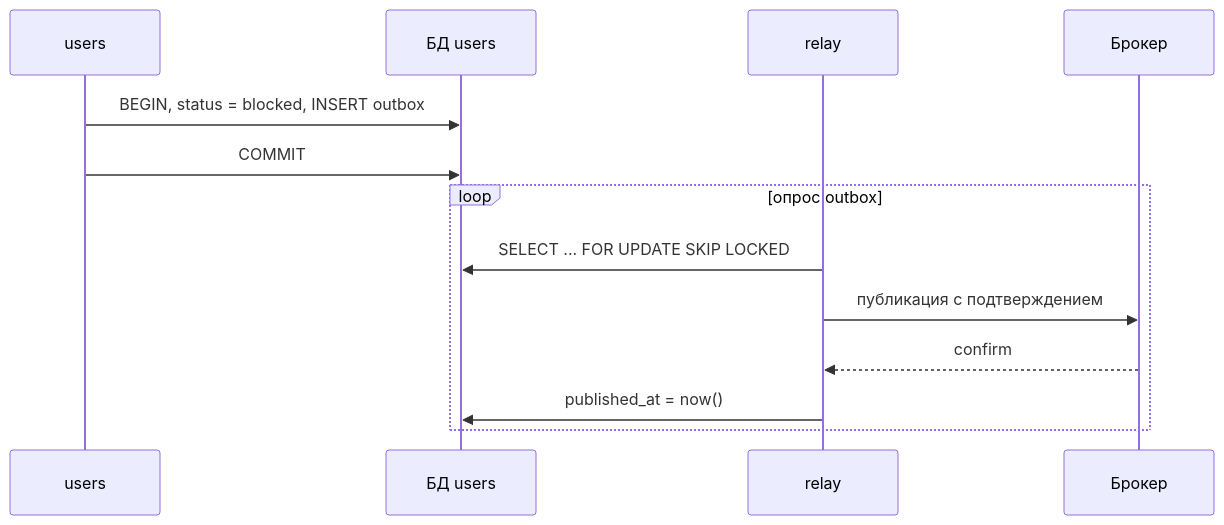
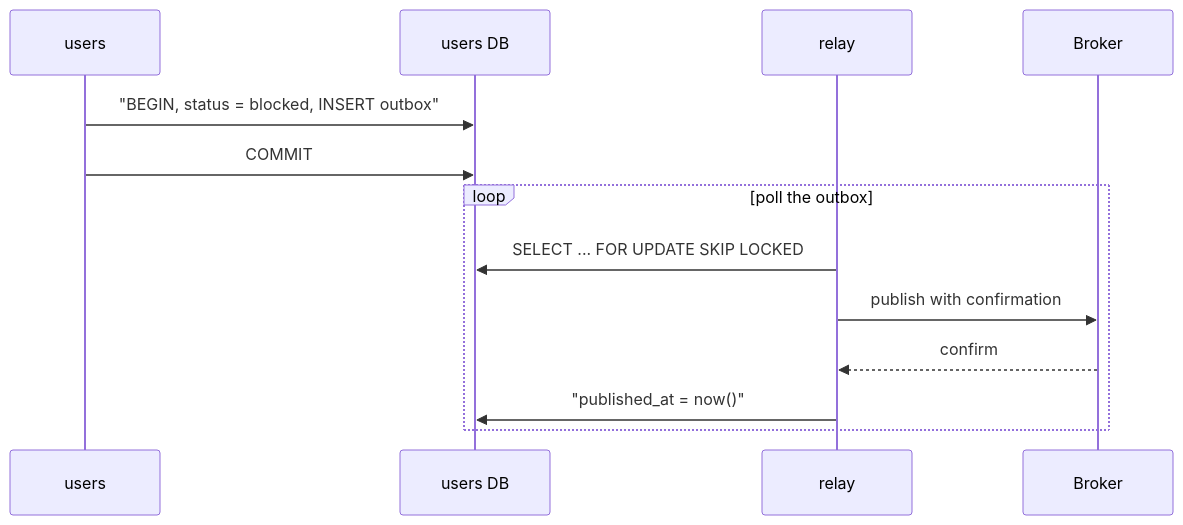
The fourth of 4 diagrams in courses-content/backend/B/1/en/0.3 Асинхронное взаимодействие.md (pavel-skripko-innowise/inno-fe-be-a1), drawn with Mermaid before and after one commit. The commit also changed other lines of this file and 35 other files, not shown here.

````diff
--- a/courses-content/backend/B/1/en/0.3 Асинхронное взаимодействие.md
+++ b/courses-content/backend/B/1/en/0.3 Асинхронное взаимодействие.md
@@ -154,15 +154,15 @@
 ```mermaid
 sequenceDiagram
   participant U as users
-  participant D as БД users
+  participant D as users DB
   participant Rl as relay
-  participant B as Брокер
-  U->>D: BEGIN, status = blocked, INSERT outbox
+  participant B as Broker
+  U->>D: "BEGIN, status = blocked, INSERT outbox"
   U->>D: COMMIT
-  loop опрос outbox
+  loop poll the outbox
     Rl->>D: SELECT ... FOR UPDATE SKIP LOCKED
-    Rl->>B: публикация с подтверждением
+    Rl->>B: publish with confirmation
     B-->>Rl: confirm
-    Rl->>D: published_at = now()
+    Rl->>D: "published_at = now()"
   end
 ```
````
